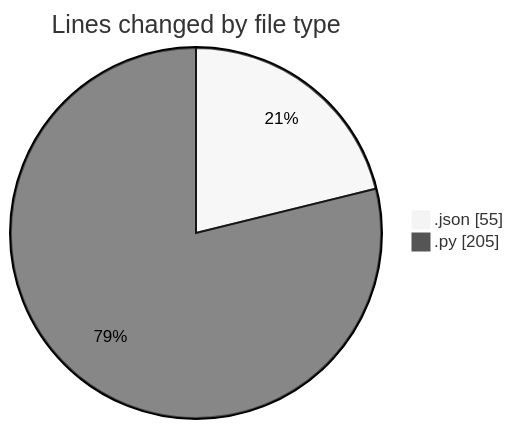
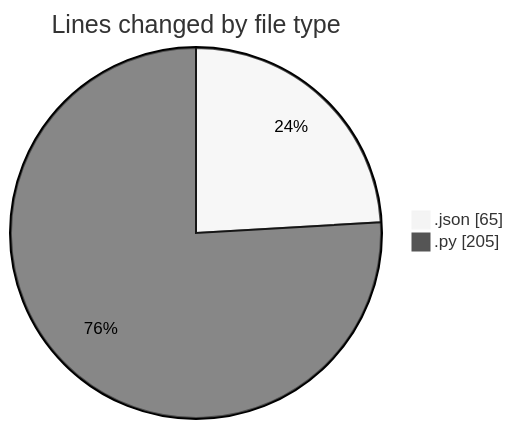
One commit to MatusMokan/code-tracking changed the first of 2 diagrams in 2025-10-08/untitled__workspace_/README.md. Above: the diagram before and after it, drawn with Mermaid (neutral theme). The commit also changed other lines of this file and 1 other file, not shown here.

````diff
--- a/2025-10-08/untitled__workspace_/README.md
+++ b/2025-10-08/untitled__workspace_/README.md
@@ -22,6 +22,6 @@
 ```mermaid
 pie showData
 title Lines changed by file type
-".json" : 55
+".json" : 65
 ".py" : 205
 ```
````
